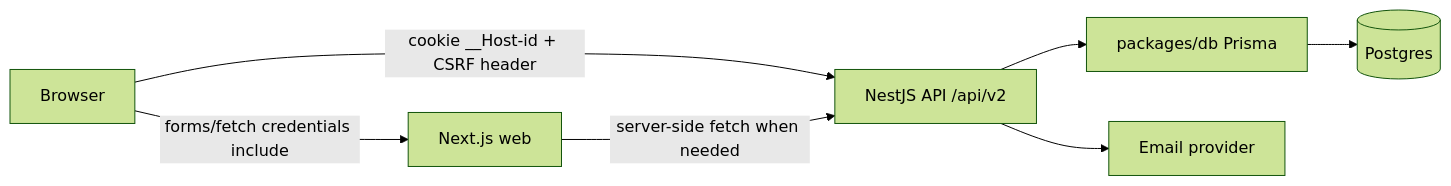
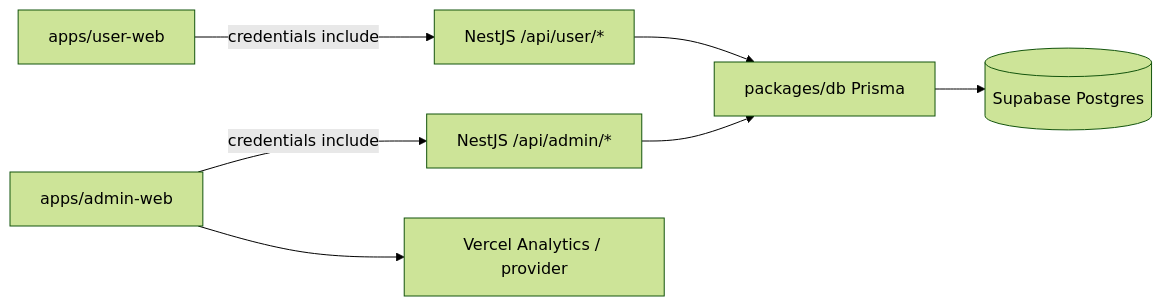
Before and after one commit to nhkyn0410/keylish: the diagram in doc/v2-auth.md, drawn with Mermaid (forest theme). The commit also changed other lines of this file and 75 other files, not shown here.

````diff
--- a/doc/v2-auth.md
+++ b/doc/v2-auth.md
@@ -52,9 +83,9 @@
 ```mermaid
 flowchart LR
-  Browser["Browser"] -->|forms/fetch credentials include| Web["Next.js web"]
-  Browser -->|cookie __Host-id + CSRF header| API["NestJS API /api/v2"]
-  Web -->|server-side fetch when needed| API
-  API --> Prisma["packages/db Prisma"]
-  Prisma --> DB[(Postgres)]
-  API --> Mail["Email provider"]
+  UserWeb["apps/user-web"] -->|credentials include| UserApi["NestJS /api/user/*"]
+  AdminWeb["apps/admin-web"] -->|credentials include| AdminApi["NestJS /api/admin/*"]
+  UserApi --> Prisma["packages/db Prisma"]
+  AdminApi --> Prisma
+  Prisma --> DB[(Supabase Postgres)]
+  AdminWeb --> Analytics["Vercel Analytics / provider"]
 ```
````
